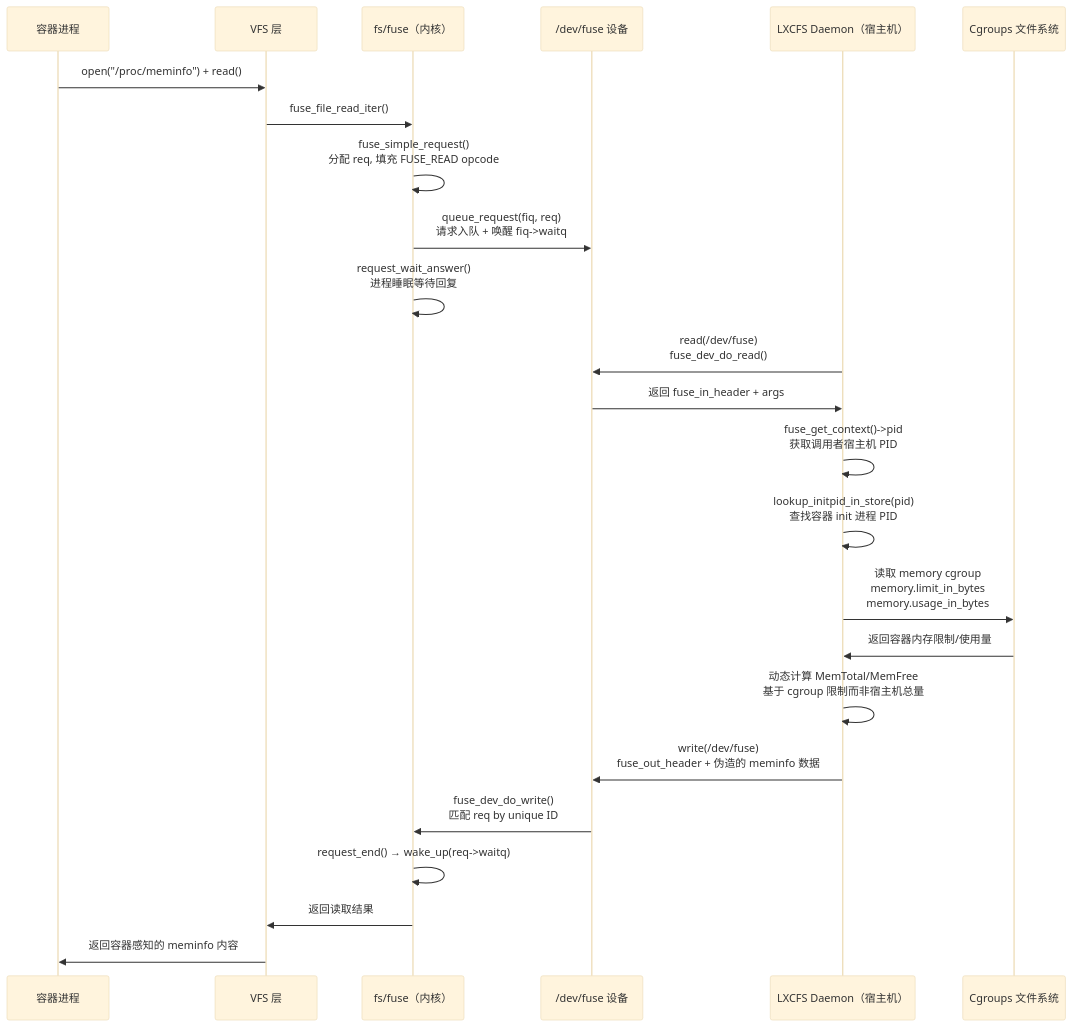
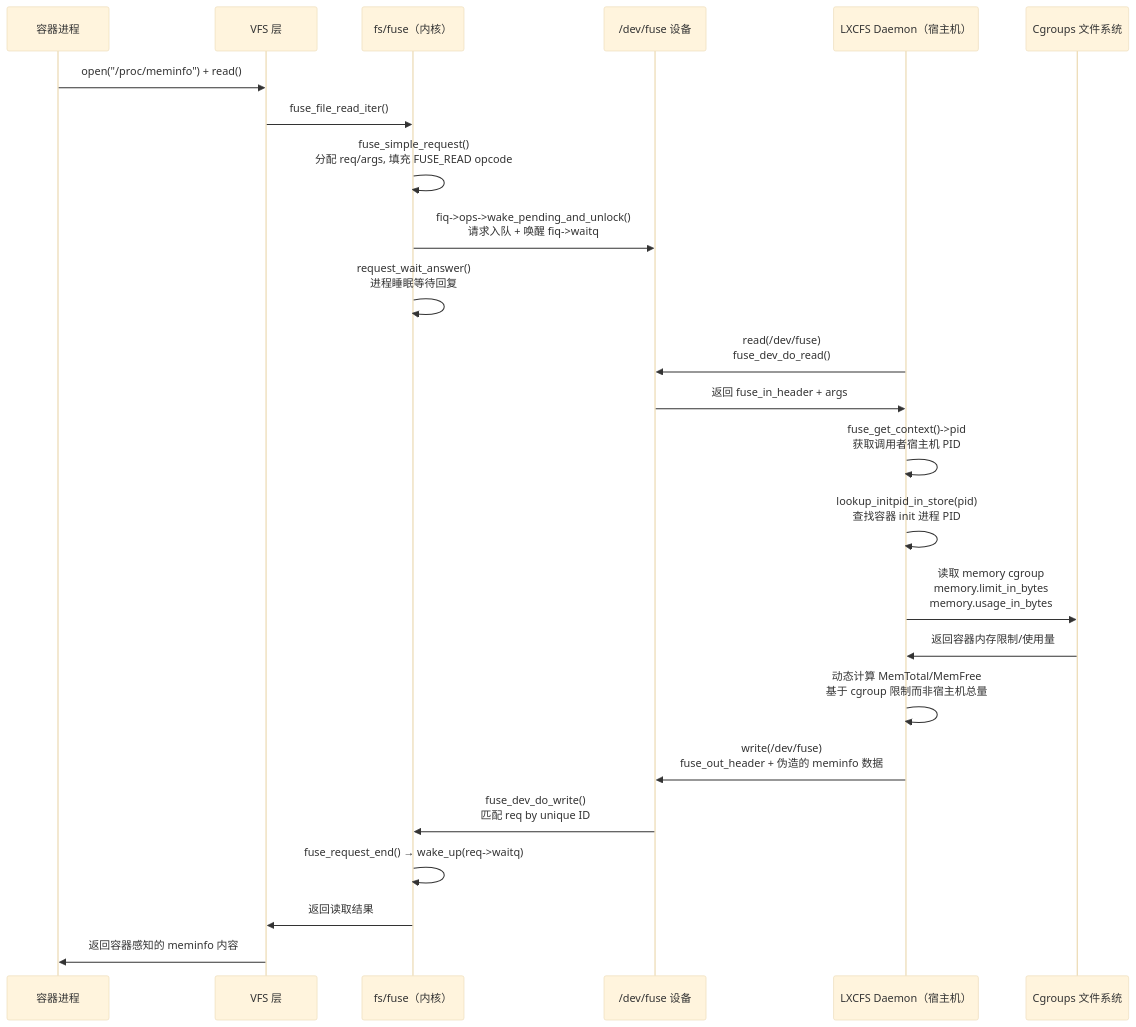
One commit to pandaychen/pandaychen.github.io changed the ninth of 10 diagrams in _posts/2025-03-02-A-LINUX-KERNEL-TRAVEL-9.md. Above: the diagram before and after it, drawn with Mermaid (base theme). The commit also changed other lines of this file, not shown here.

````diff
--- a/_posts/2025-03-02-A-LINUX-KERNEL-TRAVEL-9.md
+++ b/_posts/2025-03-02-A-LINUX-KERNEL-TRAVEL-9.md
@@ -261,30 +1632,30 @@
 ```mermaid
 sequenceDiagram
     participant CP as 容器进程
     participant VFS as VFS 层
     participant FUSE as fs/fuse（内核）
     participant DEV as /dev/fuse 设备
     participant LXCFS as LXCFS Daemon（宿主机）
     participant CG as Cgroups 文件系统
 
     CP->>VFS: open("/proc/meminfo") + read()
     VFS->>FUSE: fuse_file_read_iter()
-    FUSE->>FUSE: fuse_simple_request()<br/>分配 req, 填充 FUSE_READ opcode
-    FUSE->>DEV: queue_request(fiq, req)<br/>请求入队 + 唤醒 fiq->waitq
+    FUSE->>FUSE: fuse_simple_request()<br/>分配 req/args, 填充 FUSE_READ opcode
+    FUSE->>DEV: fiq->ops->wake_pending_and_unlock()<br/>请求入队 + 唤醒 fiq->waitq
     FUSE->>FUSE: request_wait_answer()<br/>进程睡眠等待回复
 
     LXCFS->>DEV: read(/dev/fuse)<br/>fuse_dev_do_read()
     DEV->>LXCFS: 返回 fuse_in_header + args
 
     LXCFS->>LXCFS: fuse_get_context()->pid<br/>获取调用者宿主机 PID
     LXCFS->>LXCFS: lookup_initpid_in_store(pid)<br/>查找容器 init 进程 PID
     LXCFS->>CG: 读取 memory cgroup<br/>memory.limit_in_bytes<br/>memory.usage_in_bytes
     CG->>LXCFS: 返回容器内存限制/使用量
     LXCFS->>LXCFS: 动态计算 MemTotal/MemFree<br/>基于 cgroup 限制而非宿主机总量
 
     LXCFS->>DEV: write(/dev/fuse)<br/>fuse_out_header + 伪造的 meminfo 数据
     DEV->>FUSE: fuse_dev_do_write()<br/>匹配 req by unique ID
-    FUSE->>FUSE: request_end() → wake_up(req->waitq)
+    FUSE->>FUSE: fuse_request_end() → wake_up(req->waitq)
     FUSE->>VFS: 返回读取结果
     VFS->>CP: 返回容器感知的 meminfo 内容
 ```
````
